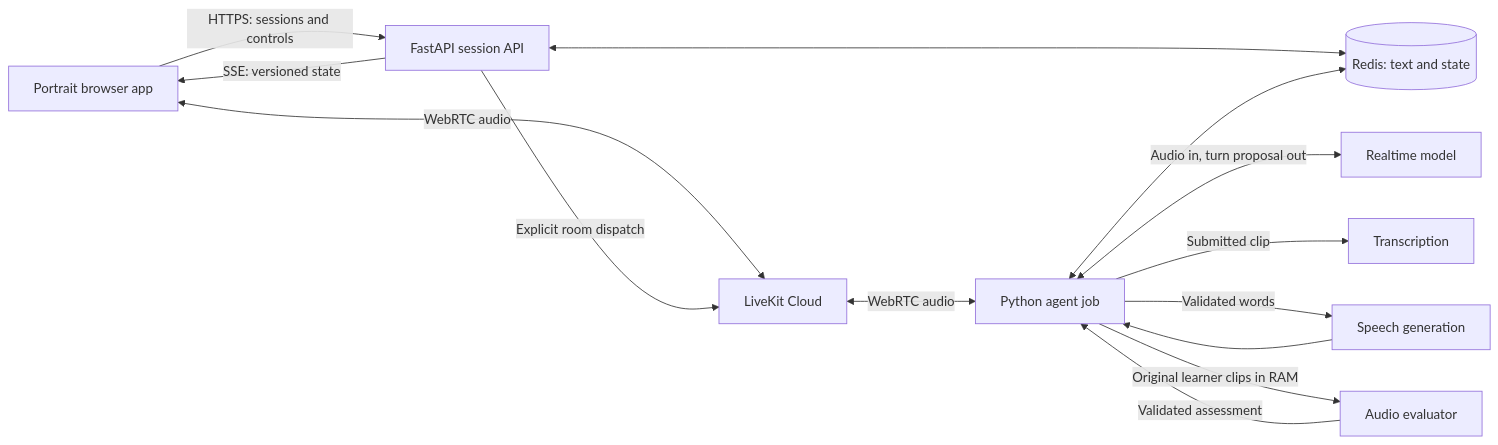
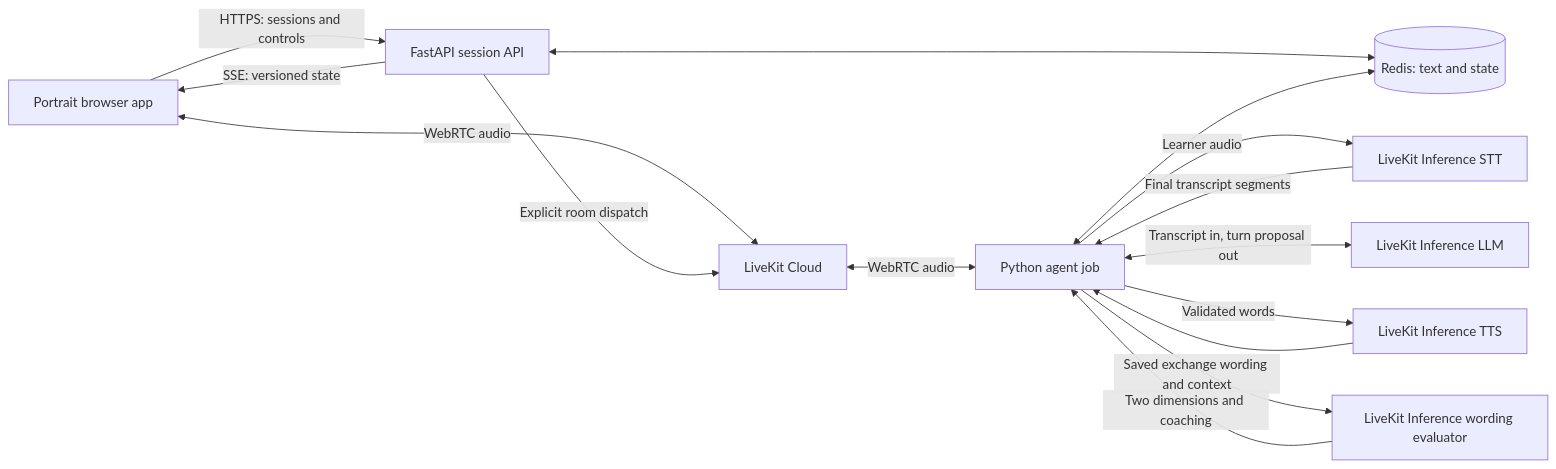
Before and after one commit to pikay96/workplace-english-coach: the first of 2 diagrams in docs/technical/workplace-english-technical-spec.md, drawn with Mermaid. The commit also changed other lines of this file and 2 other files, not shown here.

Commit message:
docs: use LiveKit inference and wording-based MVP assessment

````diff
--- a/docs/technical/workplace-english-technical-spec.md
+++ b/docs/technical/workplace-english-technical-spec.md
@@ -64,16 +71,17 @@
 ```mermaid
 flowchart LR
     B[Portrait browser app] -->|HTTPS: sessions and controls| API[FastAPI session API]
     API -->|SSE: versioned state| B
     API <--> R[(Redis: text and state)]
     B <-->|WebRTC audio| LK[LiveKit Cloud]
     LK <-->|WebRTC audio| A[Python agent job]
     API -->|Explicit room dispatch| LK
     A <--> R
-    A <-->|Audio in, turn proposal out| RT[Realtime model]
-    A -->|Submitted clip| STT[Transcription]
-    A -->|Validated words| TTS[Speech generation]
+    A -->|Learner audio| STT[LiveKit Inference STT]
+    STT -->|Final transcript segments| A
+    A <-->|Transcript in, turn proposal out| LLM[LiveKit Inference LLM]
+    A -->|Validated words| TTS[LiveKit Inference TTS]
     TTS --> A
-    A -->|Original learner clips in RAM| E[Audio evaluator]
-    E -->|Validated assessment| A
+    A -->|Saved exchange wording and context| E[LiveKit Inference wording evaluator]
+    E -->|Two dimensions and coaching| A
 ```
````
